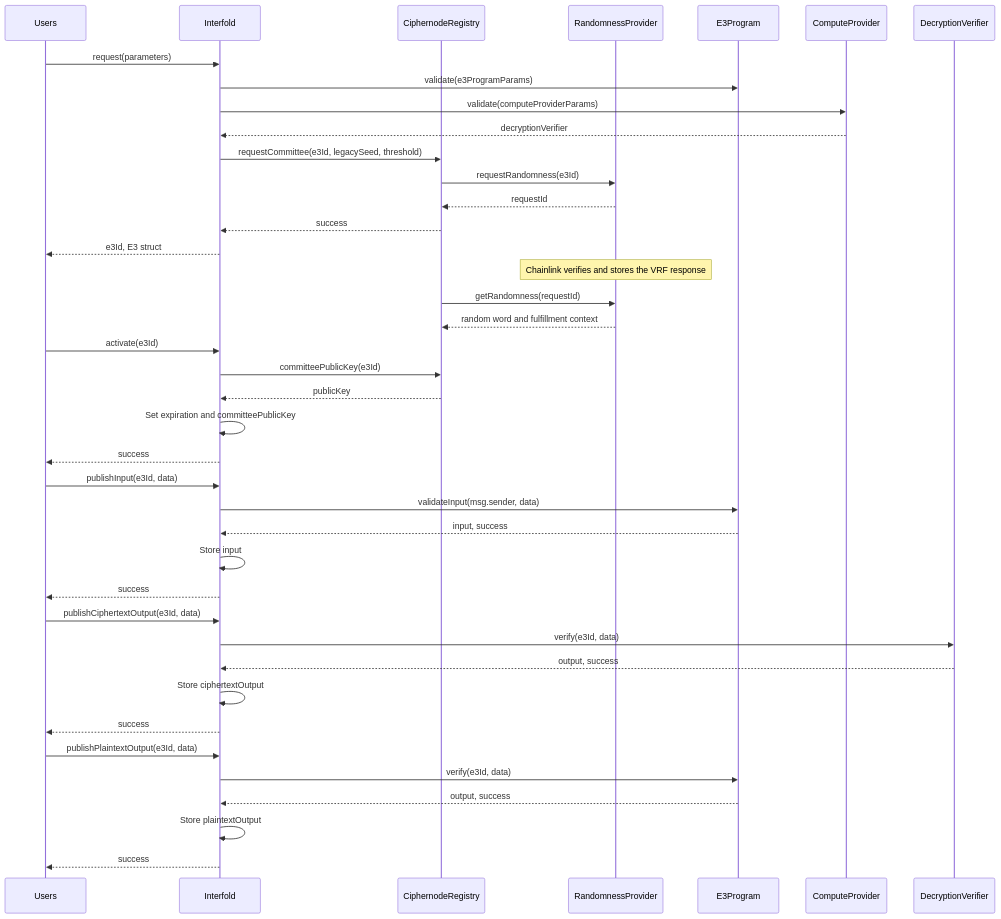
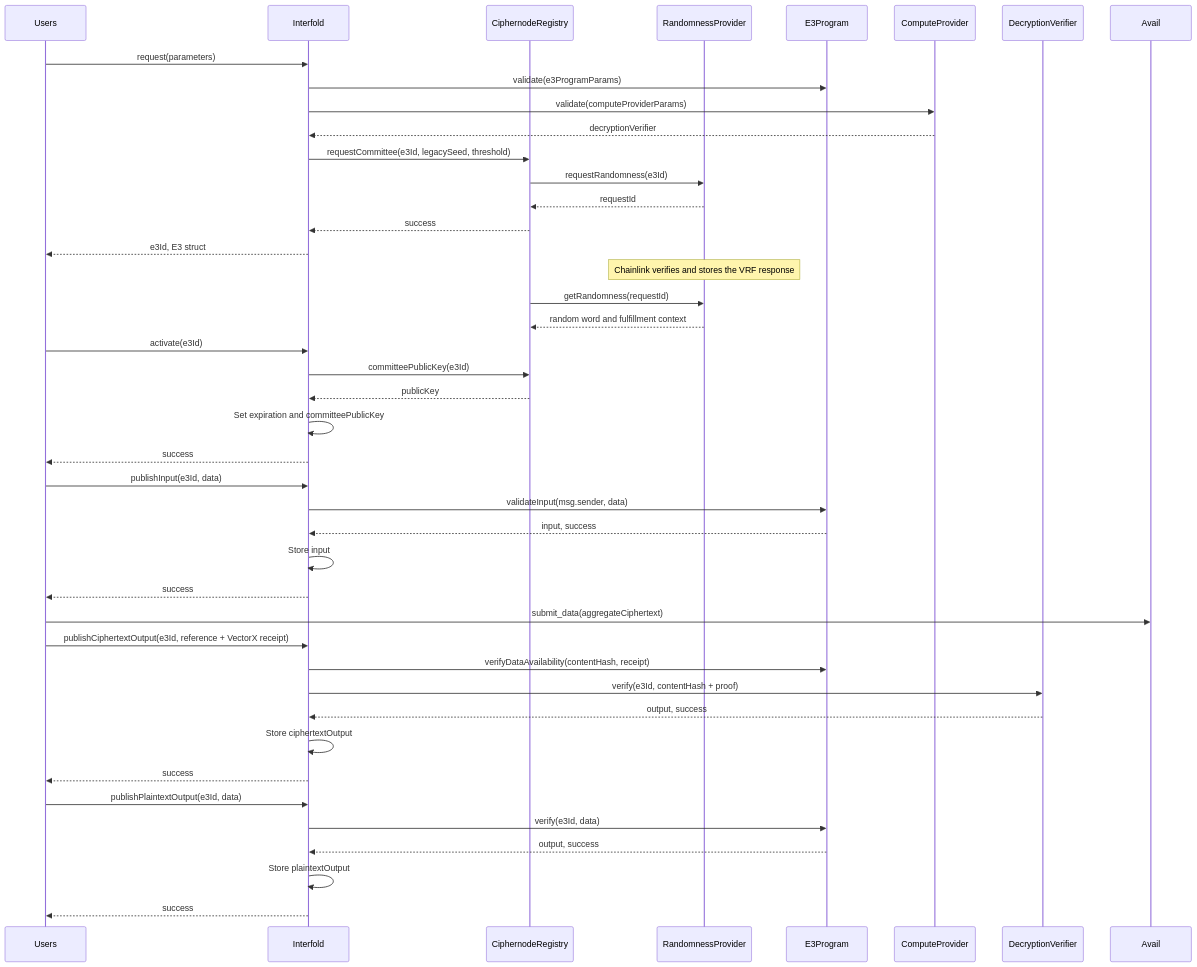
One commit to auryn-macmillan/enclave changed the diagram in README.md. Above: the diagram before and after it, drawn with Mermaid. The commit also changed 134 other files, not shown here.

Commit message:
feat: add proof-backed Avail data availability

````diff
--- a/README.md
+++ b/README.md
@@ -264,48 +264,50 @@
 ```mermaid
 sequenceDiagram
     participant Users
     participant Interfold
     participant CiphernodeRegistry
     participant RandomnessProvider
     participant E3Program
     participant ComputeProvider
     participant DecryptionVerifier
 
     Users->>Interfold: request(parameters)
     Interfold->>E3Program: validate(e3ProgramParams)
     Interfold->>ComputeProvider: validate(computeProviderParams)
     ComputeProvider-->>Interfold: decryptionVerifier
     Interfold->>CiphernodeRegistry: requestCommittee(e3Id, legacySeed, threshold)
     CiphernodeRegistry->>RandomnessProvider: requestRandomness(e3Id)
     RandomnessProvider-->>CiphernodeRegistry: requestId
     CiphernodeRegistry-->>Interfold: success
     Interfold-->>Users: e3Id, E3 struct
 
     Note over RandomnessProvider: Chainlink verifies and stores the VRF response
     CiphernodeRegistry->>RandomnessProvider: getRandomness(requestId)
     RandomnessProvider-->>CiphernodeRegistry: random word and fulfillment context
 
     Users->>Interfold: activate(e3Id)
     Interfold->>CiphernodeRegistry: committeePublicKey(e3Id)
     CiphernodeRegistry-->>Interfold: publicKey
     Interfold->>Interfold: Set expiration and committeePublicKey
     Interfold-->>Users: success
 
     Users->>Interfold: publishInput(e3Id, data)
     Interfold->>E3Program: validateInput(msg.sender, data)
     E3Program-->>Interfold: input, success
     Interfold->>Interfold: Store input
     Interfold-->>Users: success
 
-    Users->>Interfold: publishCiphertextOutput(e3Id, data)
-    Interfold->>DecryptionVerifier: verify(e3Id, data)
+    Users->>Avail: submit_data(aggregateCiphertext)
+    Users->>Interfold: publishCiphertextOutput(e3Id, reference + VectorX receipt)
+    Interfold->>E3Program: verifyDataAvailability(contentHash, receipt)
+    Interfold->>DecryptionVerifier: verify(e3Id, contentHash + proof)
     DecryptionVerifier-->>Interfold: output, success
     Interfold->>Interfold: Store ciphertextOutput
     Interfold-->>Users: success
 
     Users->>Interfold: publishPlaintextOutput(e3Id, data)
     Interfold->>E3Program: verify(e3Id, data)
     E3Program-->>Interfold: output, success
     Interfold->>Interfold: Store plaintextOutput
     Interfold-->>Users: success
 ```
````
